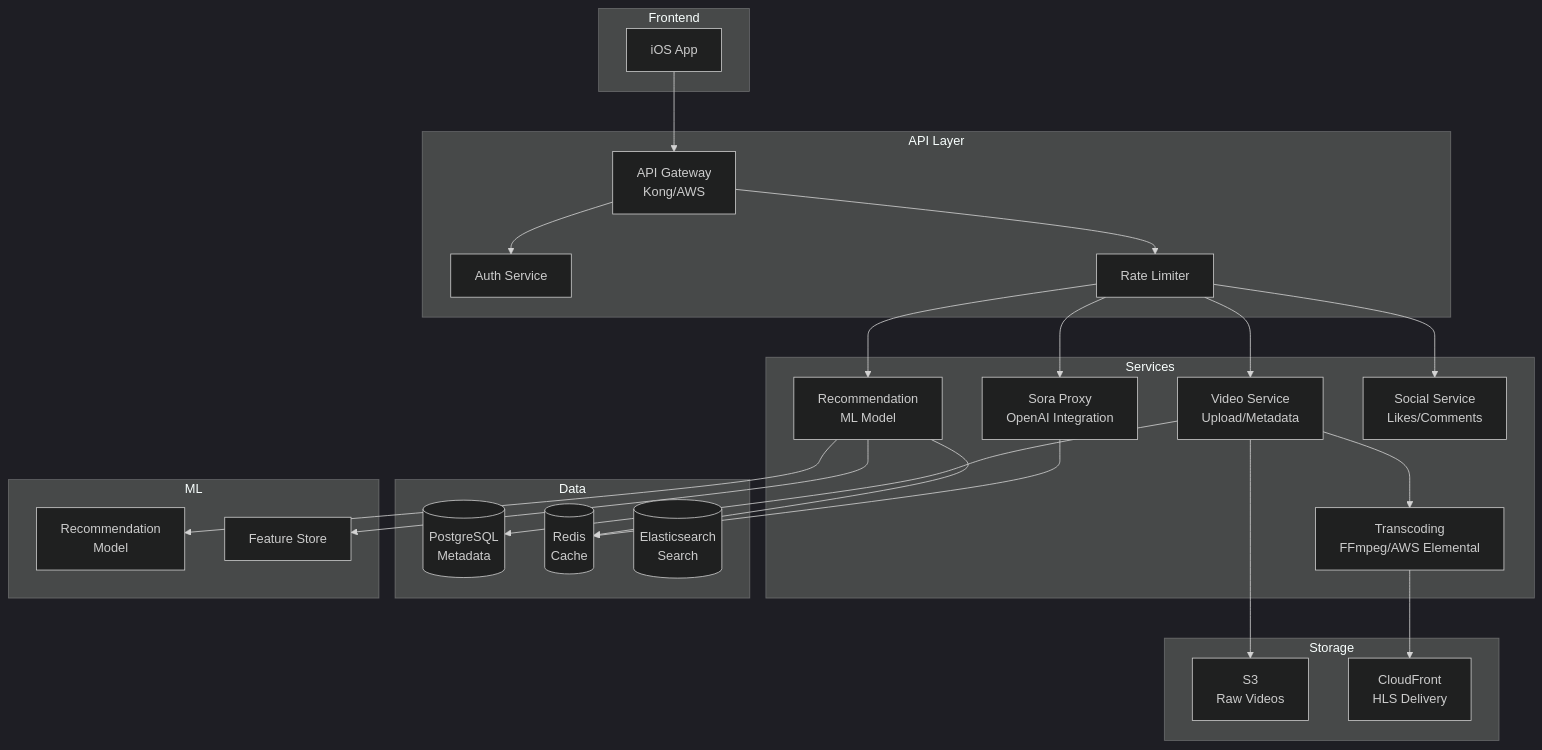
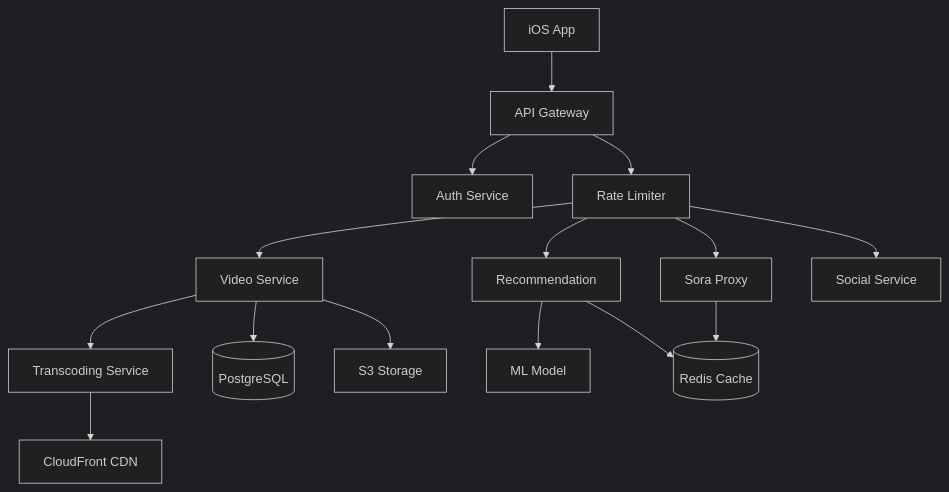
The sixth of 6 diagrams in _interviews/2025-10-11-short-video-app-system-design.md (SheldonWangRJT/SheldonWangRJT.Github.io), drawn with Mermaid (dark theme) before and after one commit. The commit also changed other lines of this file and 1 other file, not shown here.

Commit message:
Simplify Mermaid diagrams: remove subgraphs, use flowchart syntax, add text explanations for better readability

```diff
--- a/_interviews/2025-10-11-short-video-app-system-design.md
+++ b/_interviews/2025-10-11-short-video-app-system-design.md
@@ -882,55 +866,23 @@
 {% mermaid %}
-graph TB;
-    subgraph "Frontend";
-        APP[iOS App];
-    end;
+flowchart TB;
+    APP[iOS App] --> GATEWAY[API Gateway];
     
-    subgraph "API Layer";
-        GATEWAY[API Gateway<br/>Kong/AWS];
-        AUTH[Auth Service];
-        RATE[Rate Limiter];
-    end;
+    GATEWAY --> AUTH[Auth Service];
+    GATEWAY --> RATE[Rate Limiter];
     
-    subgraph "Services";
-        VIDEO[Video Service<br/>Upload/Metadata];
-        TRANSCODE[Transcoding<br/>FFmpeg/AWS Elemental];
-        REC[Recommendation<br/>ML Model];
-        SORA[Sora Proxy<br/>OpenAI Integration];
-        SOCIAL[Social Service<br/>Likes/Comments];
-    end;
+    RATE --> VIDEO[Video Service];
+    RATE --> REC[Recommendation];
+    RATE --> SORA[Sora Proxy];
+    RATE --> SOCIAL[Social Service];
     
-    subgraph "Data";
-        POSTGRES[(PostgreSQL<br/>Metadata)];
-        REDIS[(Redis<br/>Cache)];
-        ES[(Elasticsearch<br/>Search)];
-    end;
+    VIDEO --> TRANSCODE[Transcoding Service];
+    VIDEO --> POSTGRES[(PostgreSQL)];
+    VIDEO --> S3[S3 Storage];
     
-    subgraph "Storage";
-        S3[S3<br/>Raw Videos];
-        CDN[CloudFront<br/>HLS Delivery];
-    end;
+    TRANSCODE --> CDN[CloudFront CDN];
     
-    subgraph "ML";
-        MLMODEL[Recommendation<br/>Model];
-        FEATURES[Feature Store];
-    end;
-    
-    APP --> GATEWAY;
-    GATEWAY --> AUTH;
-    GATEWAY --> RATE;
-    RATE --> VIDEO;
-    RATE --> REC;
-    RATE --> SORA;
-    RATE --> SOCIAL;
-    
-    VIDEO --> TRANSCODE;
-    VIDEO --> POSTGRES;
-    VIDEO --> S3;
-    TRANSCODE --> CDN;
-    
-    REC --> MLMODEL;
-    REC --> FEATURES;
-    REC --> REDIS;
+    REC --> MLMODEL[ML Model];
+    REC --> REDIS[(Redis Cache)];
     
     SORA --> REDIS;
 {% endmermaid %}
```
